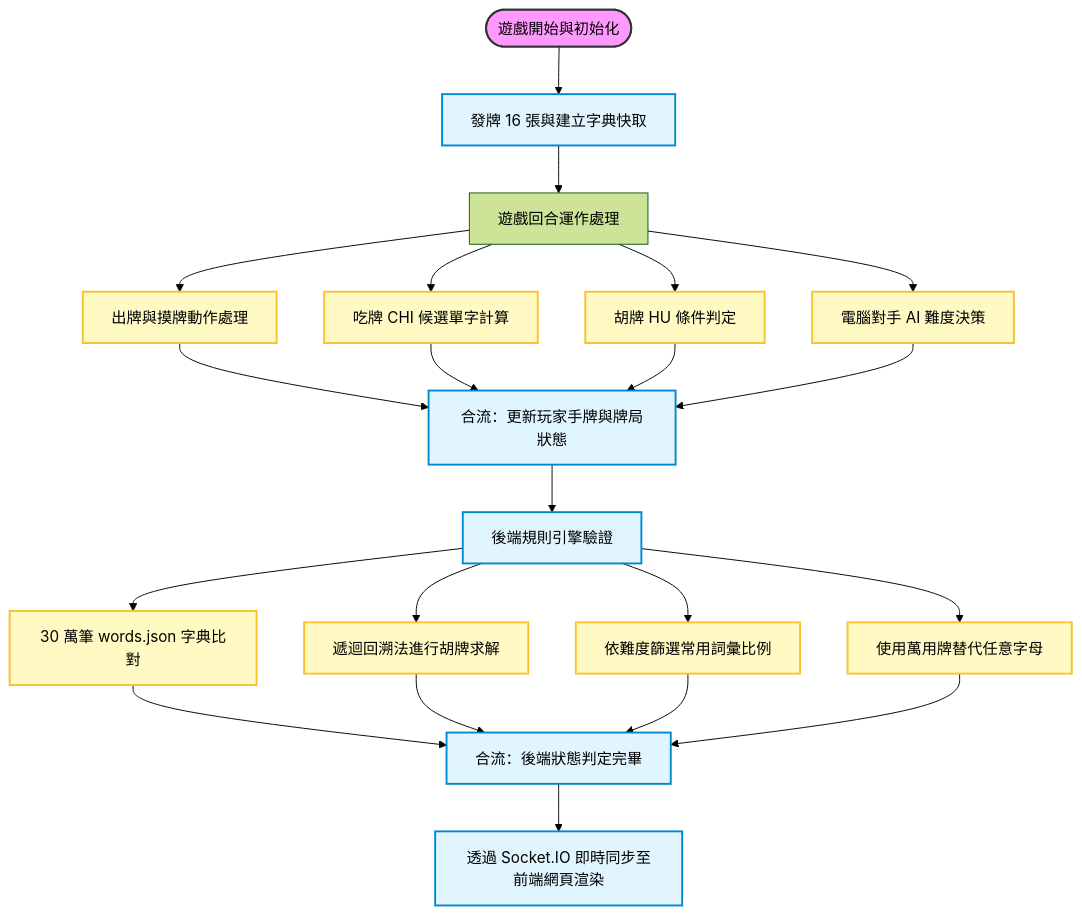
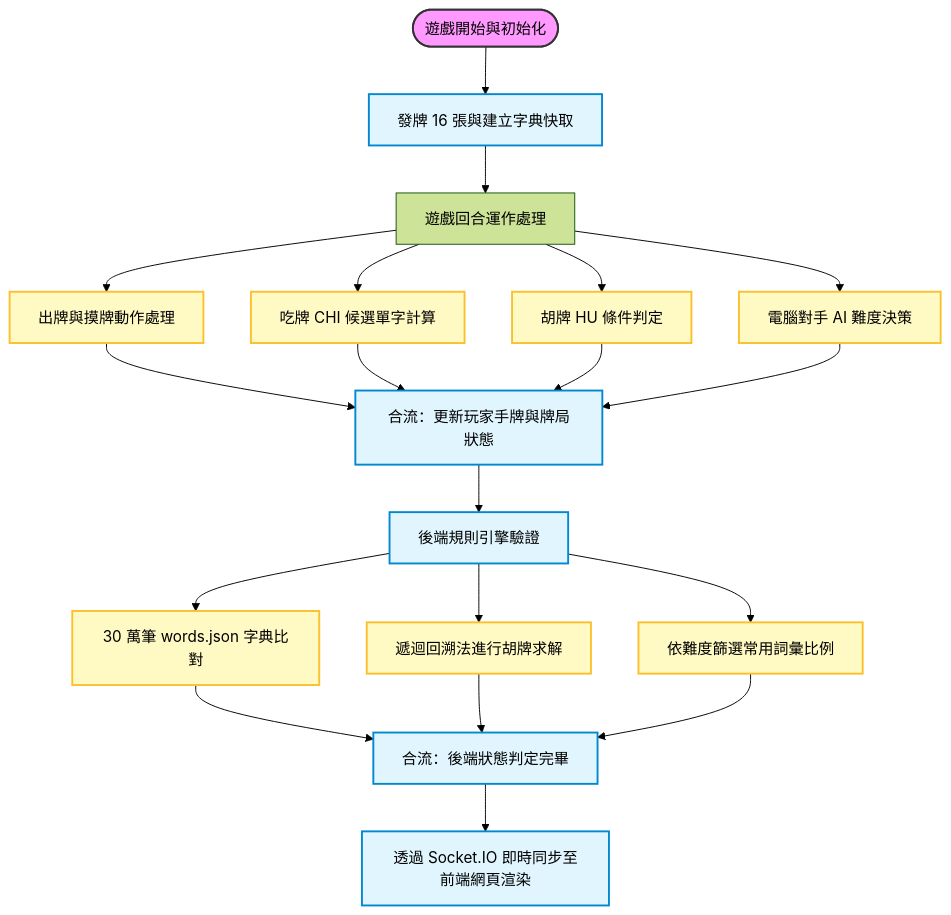
One commit to redbacon0423/english-mahjohn changed the diagram in EXHIBITION.md. Above: the diagram before and after it, drawn with Mermaid (forest theme). The commit also changed other lines of this file and 1 other file, not shown here.

````diff
--- a/EXHIBITION.md
+++ b/EXHIBITION.md
@@ -148,40 +145,38 @@
 ```mermaid
 flowchart TD
     %% Define Styles
     classDef startEnd fill:#f9f,stroke:#333,stroke-width:2px;
     classDef process fill:#e1f5fe,stroke:#0288d1,stroke-width:2px,color:#000;
     classDef branch fill:#fff9c4,stroke:#fbc02d,stroke-width:2px,color:#000;
     classDef merge fill:#e8f5e9,stroke:#388e3c,stroke-width:2px,color:#000;
     
     Start([遊戲開始與初始化]) --> Init[發牌 16 張與建立字典快取]
     Init --> TurnDecision[遊戲回合運作處理]
     
     TurnDecision --> DiscardProc[出牌與摸牌動作處理]
     TurnDecision --> ChiOption[吃牌 CHI 候選單字計算]
     TurnDecision --> HuVerify[胡牌 HU 條件判定]
     TurnDecision --> AIDecision[電腦對手 AI 難度決策]
     
     DiscardProc --> MergeState[合流：更新玩家手牌與牌局狀態]
     ChiOption --> MergeState
     HuVerify --> MergeState
     AIDecision --> MergeState
     
     MergeState --> EngineCheck[後端規則引擎驗證]
     
     EngineCheck --> DictCheck[30 萬筆 words.json 字典比對]
     EngineCheck --> Backtrack[遞迴回溯法進行胡牌求解]
     EngineCheck --> RankCheck[依難度篩選常用詞彙比例]
-    EngineCheck --> Wildcard[使用萬用牌替代任意字母]
     
     DictCheck --> Broadcast[合流：後端狀態判定完畢]
     Backtrack --> Broadcast
     RankCheck --> Broadcast
-    Wildcard --> Broadcast
     
     Broadcast --> Render[透過 Socket.IO 即時同步至前端網頁渲染]
     
     %% Apply styles
     class Start startEnd;
     class Init,MergeState,EngineCheck,Broadcast,Render process;
-    class DiscardProc,ChiOption,HuVerify,AIDecision,DictCheck,Backtrack,RankCheck,Wildcard branch;
+    class DiscardProc,ChiOption,HuVerify,AIDecision,DictCheck,Backtrack,RankCheck branch;
 ```
````
